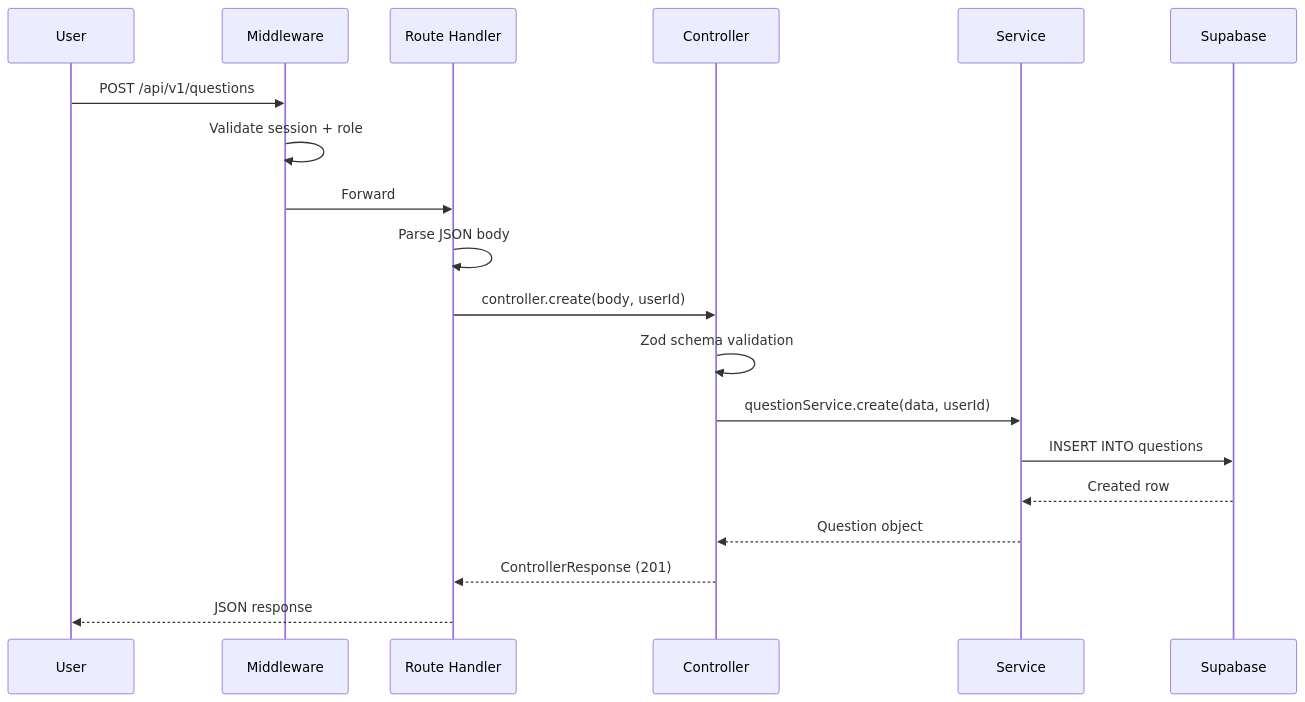
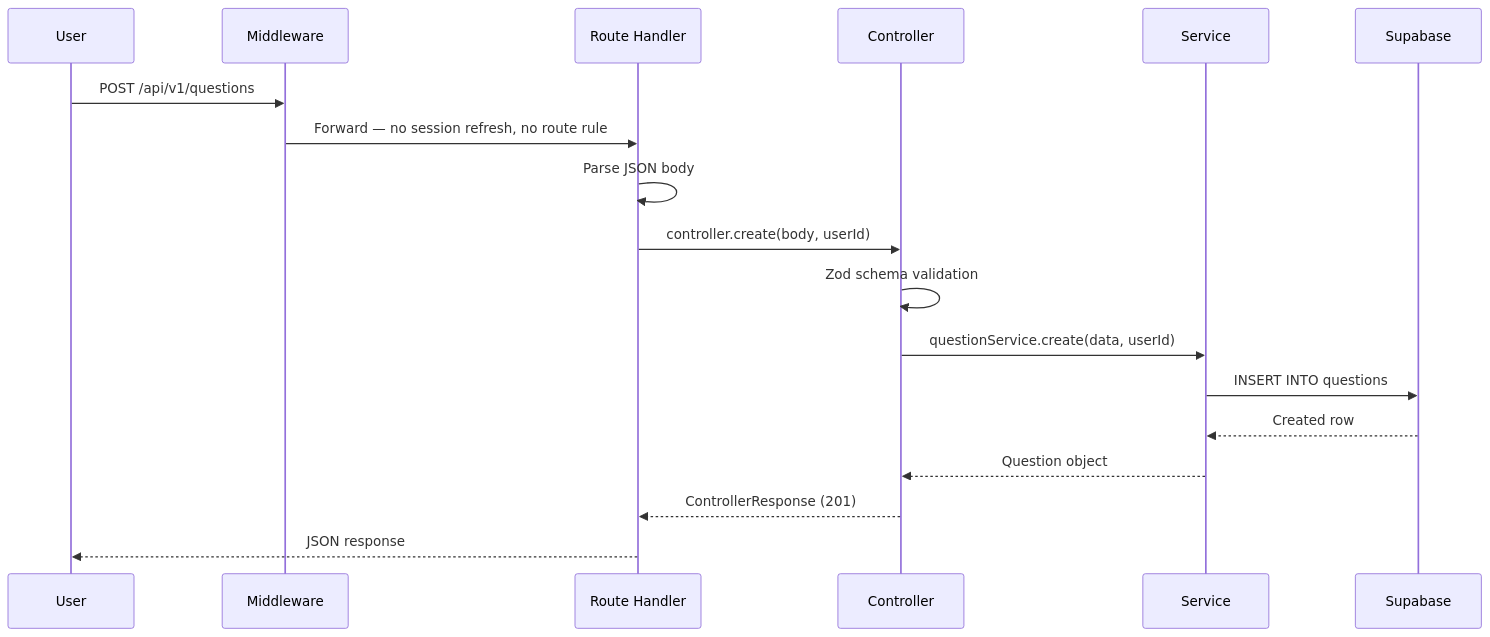
One commit to logyQT/studiq changed the fourth of 4 diagrams in docs/architecture.md. Above: the diagram before and after it, drawn with Mermaid. The commit also changed 1 other file, not shown here.

Commit message:
fix(api): declare the open auth handlers one by one so the guard covers the group
`PUBLIC_API` exempts whatever it names from
`__tests__/unit/proxy/api-auth-inventory.test.ts`, so a group entry is a blind
spot of the group's width. `/api/v1/auth` was declared as a prefix while
`PUT /api/v1/auth/profile` and `POST /api/v1/auth/password/update` in the same
group are gated: dropping `withAuth()` from either shipped green.

The six open auth handlers (`callback`, `login`, `logout`, `me`,
`password/reset`, `register`) are now listed in `exact`, and the docstring
records the rule — declare a handler, not its group, once the group holds a
gated handler. `health`, `avatar` and `subscription-plans` stay prefixes because
every handler in them is open.

Also corrects the request-flow diagram in `docs/architecture.md`: it still had
the proxy validating the session for `POST /api/v1/questions`.

Verified by mutation in both directions: removing `withAuth()` from
`auth/profile` now fails naming that file and URL, and a new undeclared
`auth/*` handler fails instead of inheriting the group.

````diff
--- a/docs/architecture.md
+++ b/docs/architecture.md
@@ -154,22 +154,21 @@
 ```mermaid
 sequenceDiagram
     participant U as User
     participant MW as Middleware
     participant RT as Route Handler
     participant Ctrl as Controller
     participant Svc as Service
     participant DB as Supabase
 
     U->>MW: POST /api/v1/questions
-    MW->>MW: Validate session + role
-    MW->>RT: Forward
+    MW->>RT: Forward — no session refresh, no route rule
     RT->>RT: Parse JSON body
     RT->>Ctrl: controller.create(body, userId)
     Ctrl->>Ctrl: Zod schema validation
     Ctrl->>Svc: questionService.create(data, userId)
     Svc->>DB: INSERT INTO questions
     DB-->>Svc: Created row
     Svc-->>Ctrl: Question object
     Ctrl-->>RT: ControllerResponse (201)
     RT-->>U: JSON response
 ```
````
